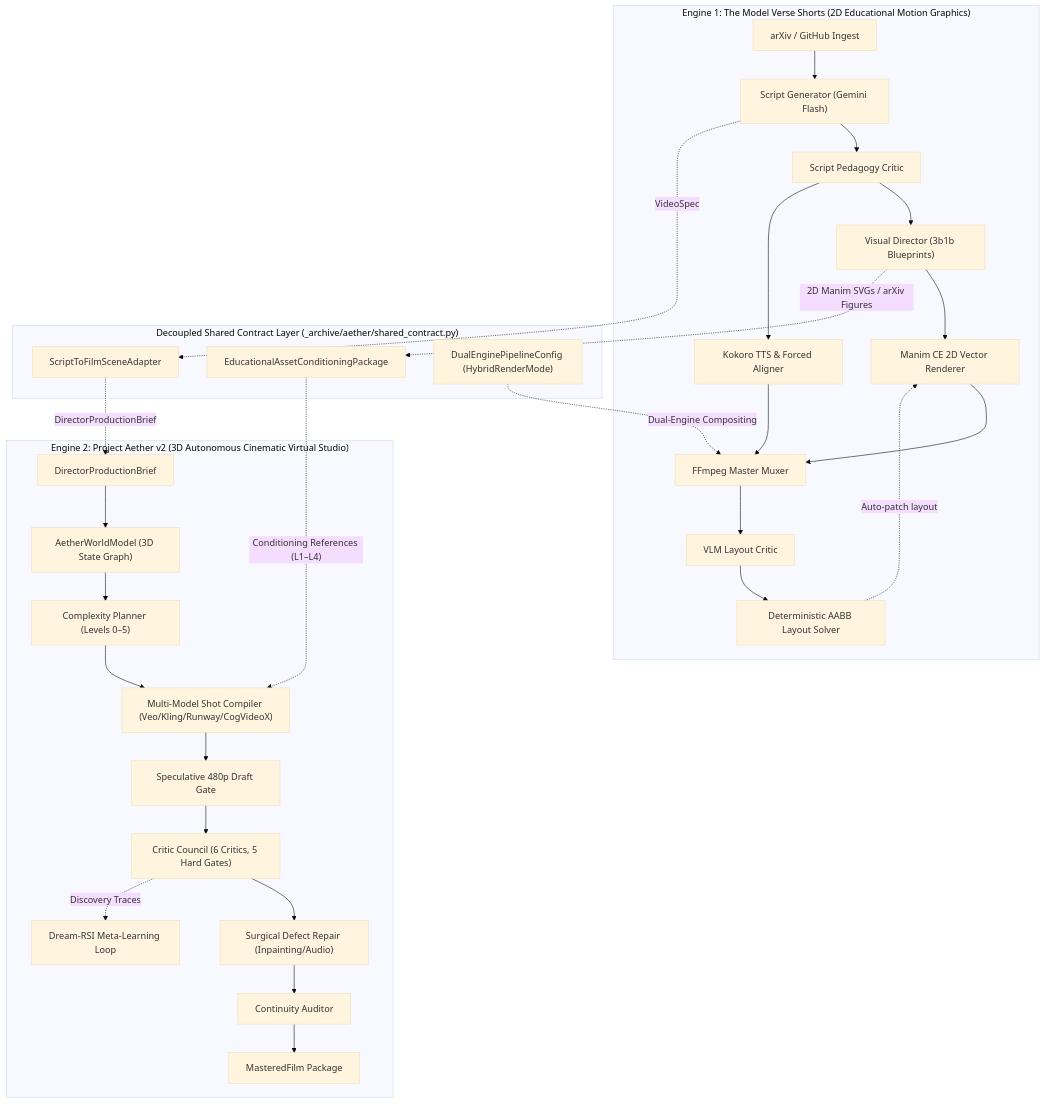
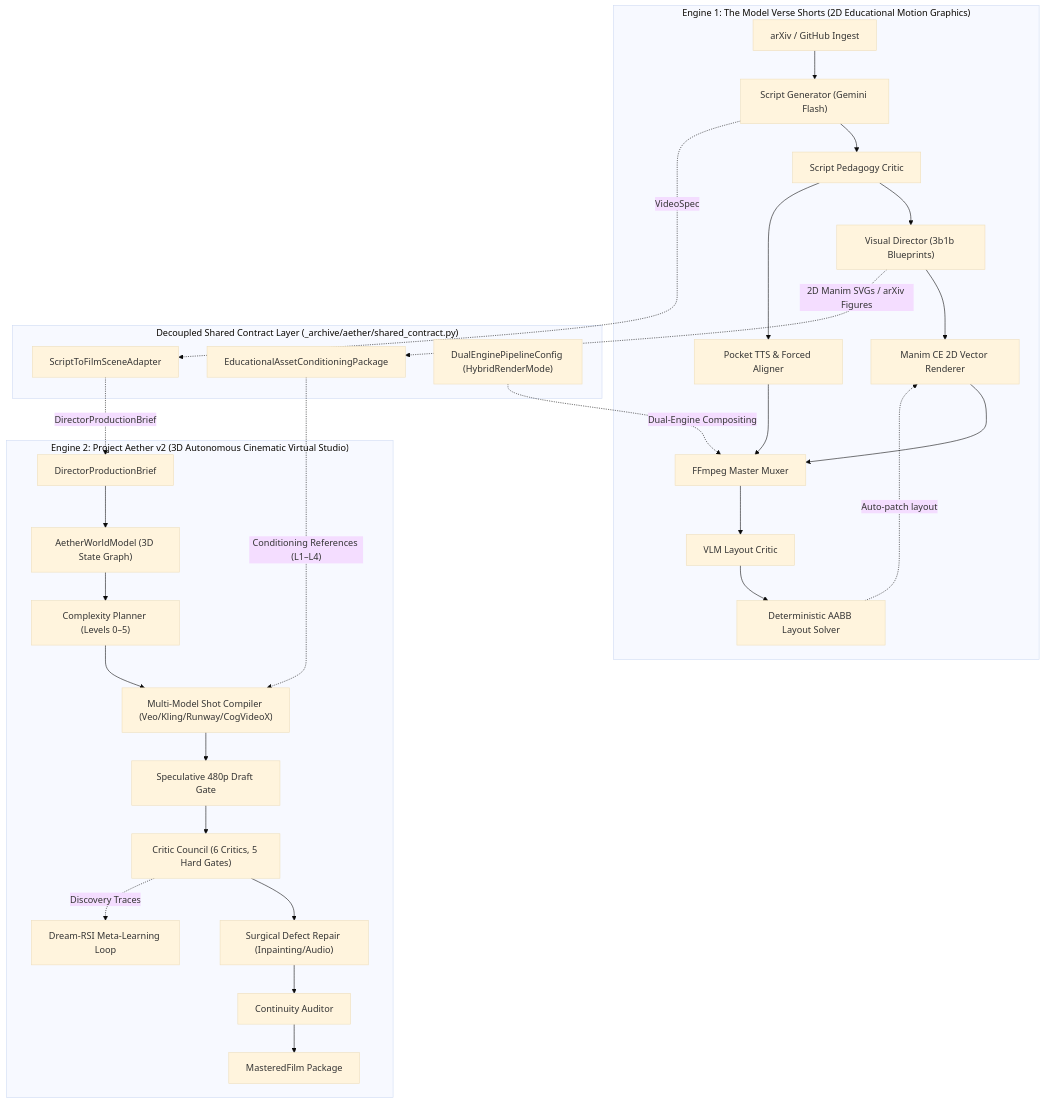
One commit to Amankumar006/Automated-video-Generation changed the diagram in ARCHITECTURE.md. Above: the diagram before and after it, drawn with Mermaid (base theme). The commit also changed other lines of this file and 20 other files, not shown here.

Commit message:
refactor: remove kokoro tts runtime

````diff
--- a/ARCHITECTURE.md
+++ b/ARCHITECTURE.md
@@ -12,39 +12,39 @@
 ```mermaid
 flowchart TD
     subgraph Engine_1 ["Engine 1: The Model Verse Shorts (2D Educational Motion Graphics)"]
         Ingest["arXiv / GitHub Ingest"] --> ScriptGen["Script Generator (Gemini Flash)"]
         ScriptGen --> ScriptCritic["Script Pedagogy Critic"]
         ScriptCritic --> VisualDir["Visual Director (3b1b Blueprints)"]
         VisualDir --> ManimEngine["Manim CE 2D Vector Renderer"]
-        ScriptCritic --> AudioSynth["Kokoro TTS & Forced Aligner"]
+        ScriptCritic --> AudioSynth["Pocket TTS & Forced Aligner"]
         ManimEngine --> Muxer["FFmpeg Master Muxer"]
         AudioSynth --> Muxer
         Muxer --> VLMCritic["VLM Layout Critic"]
         VLMCritic --> LayoutSolver["Deterministic AABB Layout Solver"]
         LayoutSolver -. "Auto-patch layout" .-> ManimEngine
     end
 
     subgraph Shared_Layer ["Decoupled Shared Contract Layer (_archive/aether/shared_contract.py)"]
         ScriptAdapter["ScriptToFilmSceneAdapter"]
         AssetPkg["EducationalAssetConditioningPackage"]
         HybridCfg["DualEnginePipelineConfig (HybridRenderMode)"]
     end
 
     subgraph Engine_2 ["Engine 2: Project Aether v2 (3D Autonomous Cinematic Virtual Studio)"]
         Brief["DirectorProductionBrief"] --> WorldModel["AetherWorldModel (3D State Graph)"]
         WorldModel --> CompPlanner["Complexity Planner (Levels 0–5)"]
         CompPlanner --> ShotComp["Multi-Model Shot Compiler (Veo/Kling/Runway/CogVideoX)"]
         ShotComp --> SpecDraft["Speculative 480p Draft Gate"]
         SpecDraft --> Council["Critic Council (6 Critics, 5 Hard Gates)"]
         Council --> Repair["Surgical Defect Repair (Inpainting/Audio)"]
         Repair --> ContinAudit["Continuity Auditor"]
         ContinAudit --> MasterFilm["MasteredFilm Package"]
         Council -. "Discovery Traces" .-> Teacher["Dream-RSI Meta-Learning Loop"]
     end
 
     ScriptGen -. "VideoSpec" .-> ScriptAdapter
     ScriptAdapter -. "DirectorProductionBrief" .-> Brief
     VisualDir -. "2D Manim SVGs / arXiv Figures" .-> AssetPkg
     AssetPkg -. "Conditioning References (L1–L4)" .-> ShotComp
     HybridCfg -. "Dual-Engine Compositing" .-> Muxer
 ```
````
